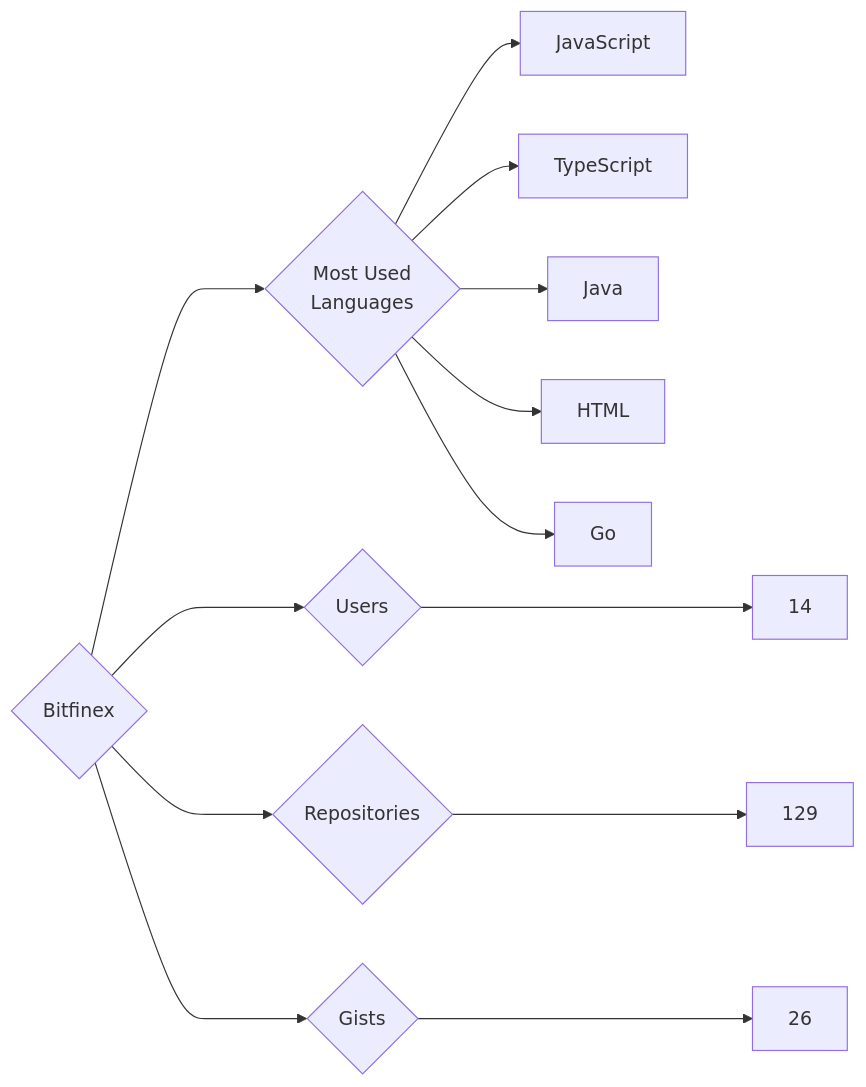
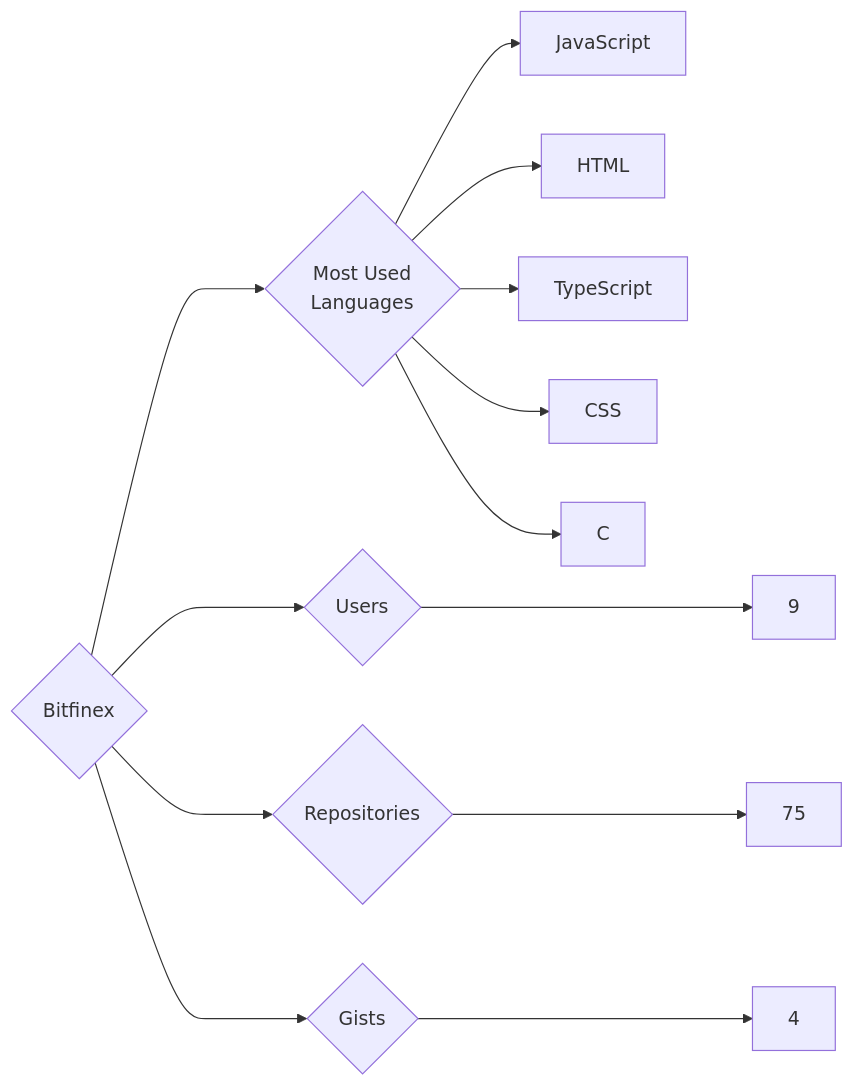
Before and after one commit to trickest/insiders: the diagram in targets/Bitfinex/README.md, drawn with Mermaid. The commit also changed 786 other files, not shown here.

````diff
--- a/targets/Bitfinex/README.md
+++ b/targets/Bitfinex/README.md
@@ -3,13 +3,13 @@
 ```mermaid
 graph LR
 COMPANY_NAME{Bitfinex}
-COMPANY_NAME ---> U{Users} ---> UN[14]
-COMPANY_NAME ---> R{Repositories} ---> RN[129]
-COMPANY_NAME ---> G{Gists} ---> GN[26]
+COMPANY_NAME ---> U{Users} ---> UN[9]
+COMPANY_NAME ---> R{Repositories} ---> RN[75]
+COMPANY_NAME ---> G{Gists} ---> GN[4]
 COMPANY_NAME ---> ML{Most Used<br>Languages}
 ML --> JavaScript[JavaScript]
+ML --> HTML[HTML]
 ML --> TypeScript[TypeScript]
-ML --> Java[Java]
-ML --> HTML[HTML]
-ML --> Go[Go]
+ML --> CSS[CSS]
+ML --> C[C]
 ```
````
